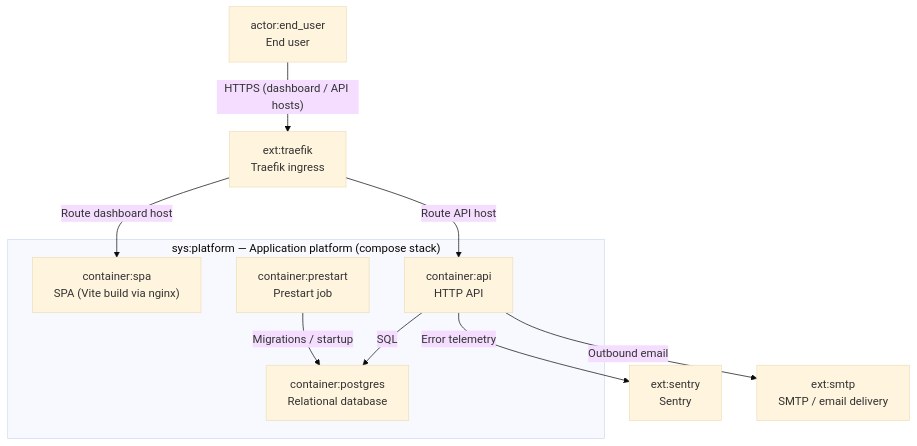
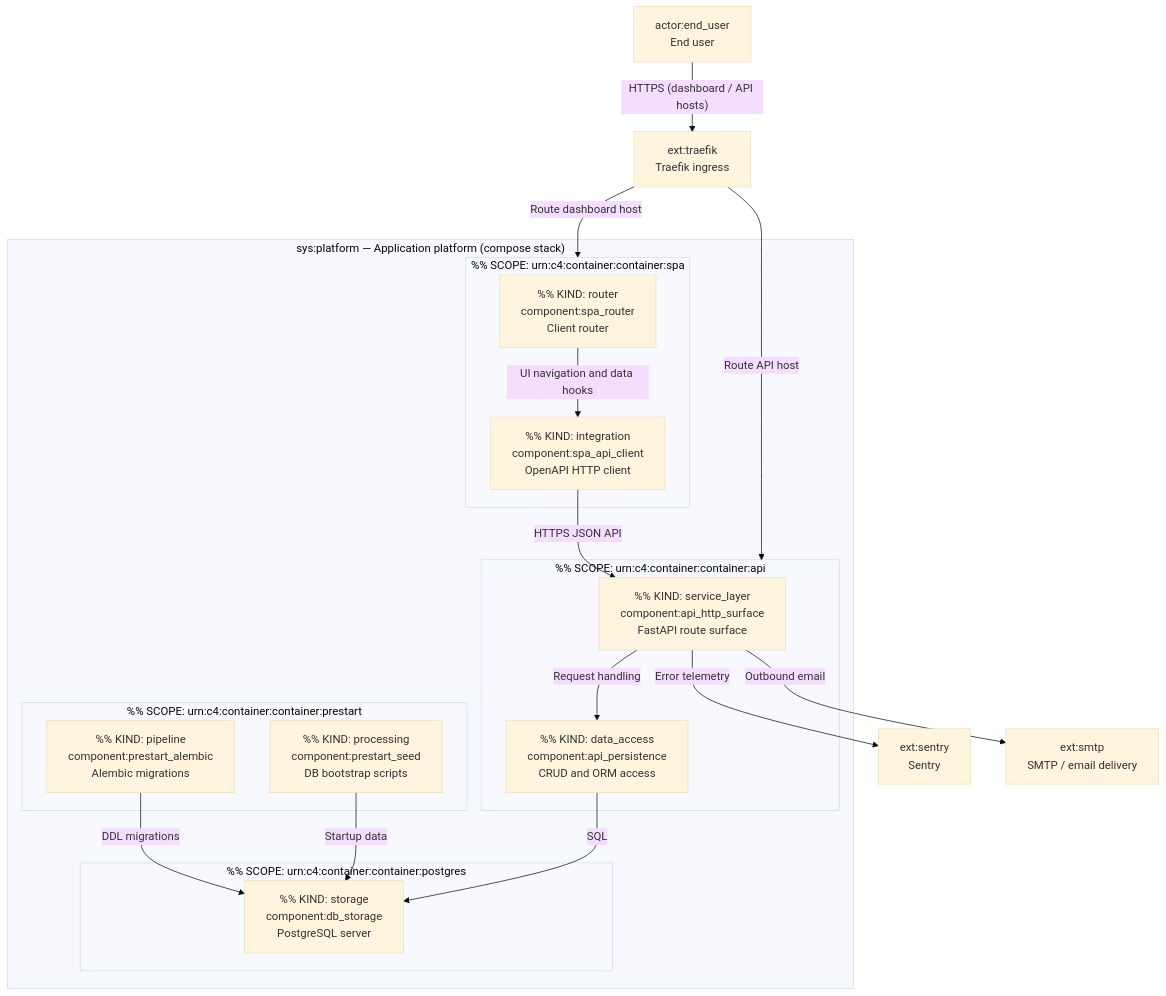
The diagram in docs/c4-live.mermaid.md (Decreen/decreen-arch-diff-demo), drawn with Mermaid (base theme) before and after one commit. The commit also changed 3 other files, not shown here.

````diff
--- a/docs/c4-live.mermaid.md
+++ b/docs/c4-live.mermaid.md
@@ -3,20 +3,35 @@
 ```mermaid
 flowchart TB
   subgraph boundary["sys:platform — Application platform (compose stack)"]
-    container_spa["container:spa<br/>SPA (Vite build via nginx)"]
-    container_api["container:api<br/>HTTP API"]
-    container_postgres["container:postgres<br/>Relational database"]
-    container_prestart["container:prestart<br/>Prestart job"]
+    subgraph spa["%% SCOPE: urn:c4:container:container:spa"]
+      spa_r["%% KIND: router<br/>component:spa_router<br/>Client router"]
+      spa_c["%% KIND: integration<br/>component:spa_api_client<br/>OpenAPI HTTP client"]
+    end
+    subgraph api["%% SCOPE: urn:c4:container:container:api"]
+      api_h["%% KIND: service_layer<br/>component:api_http_surface<br/>FastAPI route surface"]
+      api_p["%% KIND: data_access<br/>component:api_persistence<br/>CRUD and ORM access"]
+    end
+    subgraph pg["%% SCOPE: urn:c4:container:container:postgres"]
+      db_s["%% KIND: storage<br/>component:db_storage<br/>PostgreSQL server"]
+    end
+    subgraph pre["%% SCOPE: urn:c4:container:container:prestart"]
+      pre_a["%% KIND: pipeline<br/>component:prestart_alembic<br/>Alembic migrations"]
+      pre_seed["%% KIND: processing<br/>component:prestart_seed<br/>DB bootstrap scripts"]
+    end
   end
   actor_end_user["actor:end_user<br/>End user"]
   ext_traefik["ext:traefik<br/>Traefik ingress"]
   ext_sentry["ext:sentry<br/>Sentry"]
   ext_smtp["ext:smtp<br/>SMTP / email delivery"]
   actor_end_user -->|"HTTPS (dashboard / API hosts)"| ext_traefik
-  ext_traefik -->|"Route dashboard host"| container_spa
-  ext_traefik -->|"Route API host"| container_api
-  container_api -->|"SQL"| container_postgres
-  container_prestart -->|"Migrations / startup"| container_postgres
-  container_api -->|"Error telemetry"| ext_sentry
-  container_api -->|"Outbound email"| ext_smtp
+  ext_traefik -->|"Route dashboard host"| spa
+  ext_traefik -->|"Route API host"| api
+  spa_r -->|"UI navigation and data hooks"| spa_c
+  spa_c -->|"HTTPS JSON API"| api_h
+  api_h -->|"Request handling"| api_p
+  api_p -->|"SQL"| db_s
+  pre_a -->|"DDL migrations"| db_s
+  pre_seed -->|"Startup data"| db_s
+  api_h -->|"Error telemetry"| ext_sentry
+  api_h -->|"Outbound email"| ext_smtp
 ```
````
